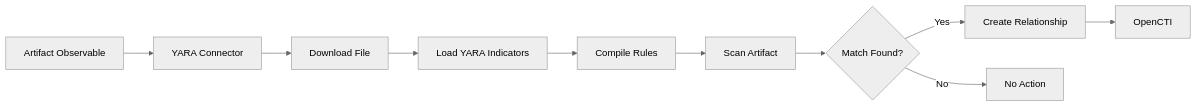
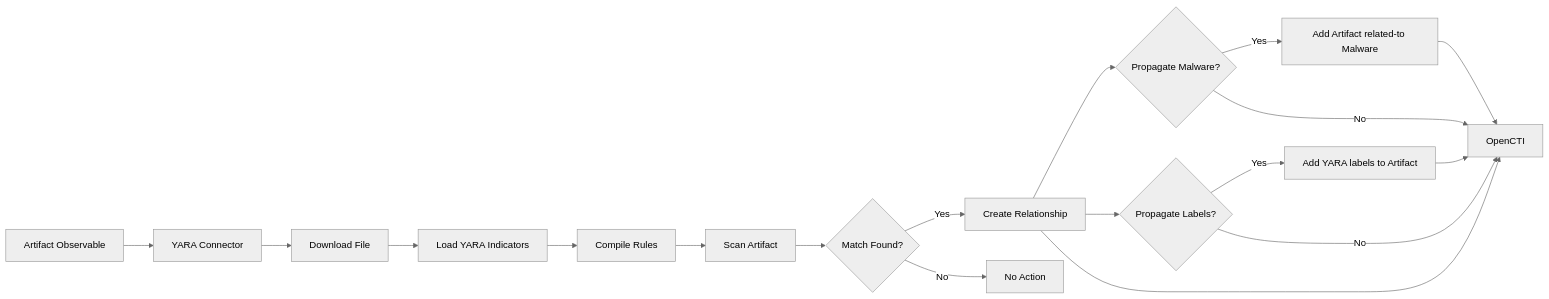
Before and after one commit to OpenCTI-Platform/connectors: the diagram in internal-enrichment/yara/README.md, drawn with Mermaid (neutral theme). The commit also changed other lines of this file and 5 other files, not shown here.

Commit message:
[yara] Propagate Malware relationships and labels from Indicators to matching Artifacts (#6406)

````diff
--- a/internal-enrichment/yara/README.md
+++ b/internal-enrichment/yara/README.md
@@ -118,12 +131,20 @@
 ```mermaid
 flowchart LR
     A[Artifact Observable] --> B[YARA Connector]
     B --> C[Download File]
     C --> D[Load YARA Indicators]
     D --> E[Compile Rules]
     E --> F[Scan Artifact]
     F --> G{Match Found?}
     G -->|Yes| H[Create Relationship]
     G -->|No| I[No Action]
-    H --> J[OpenCTI]
+    H --> J{Propagate Malware?}
+    H --> K{Propagate Labels?}
+    J -->|Yes| L[Add Artifact related-to Malware]
+    J -->|No| N[OpenCTI]
+    K -->|Yes| M[Add YARA labels to Artifact]
+    K -->|No| N
+    H --> N
+    L --> N
+    M --> N
 ```
````
